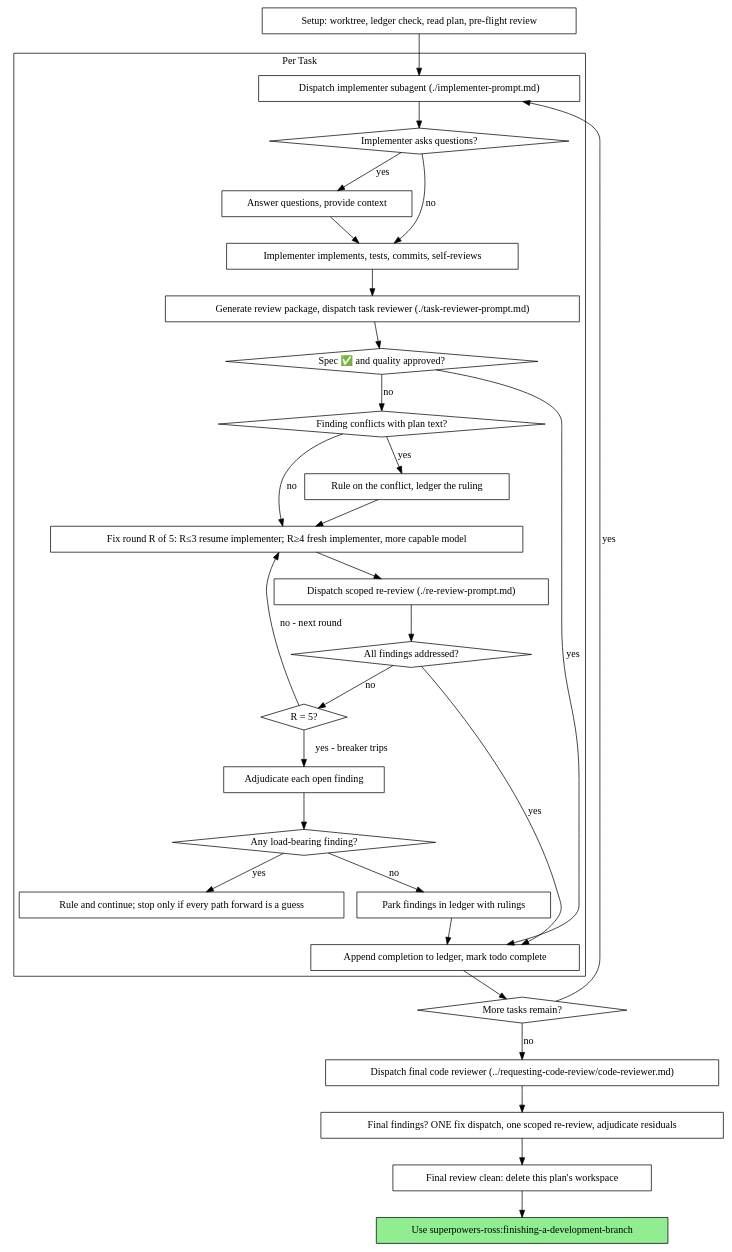
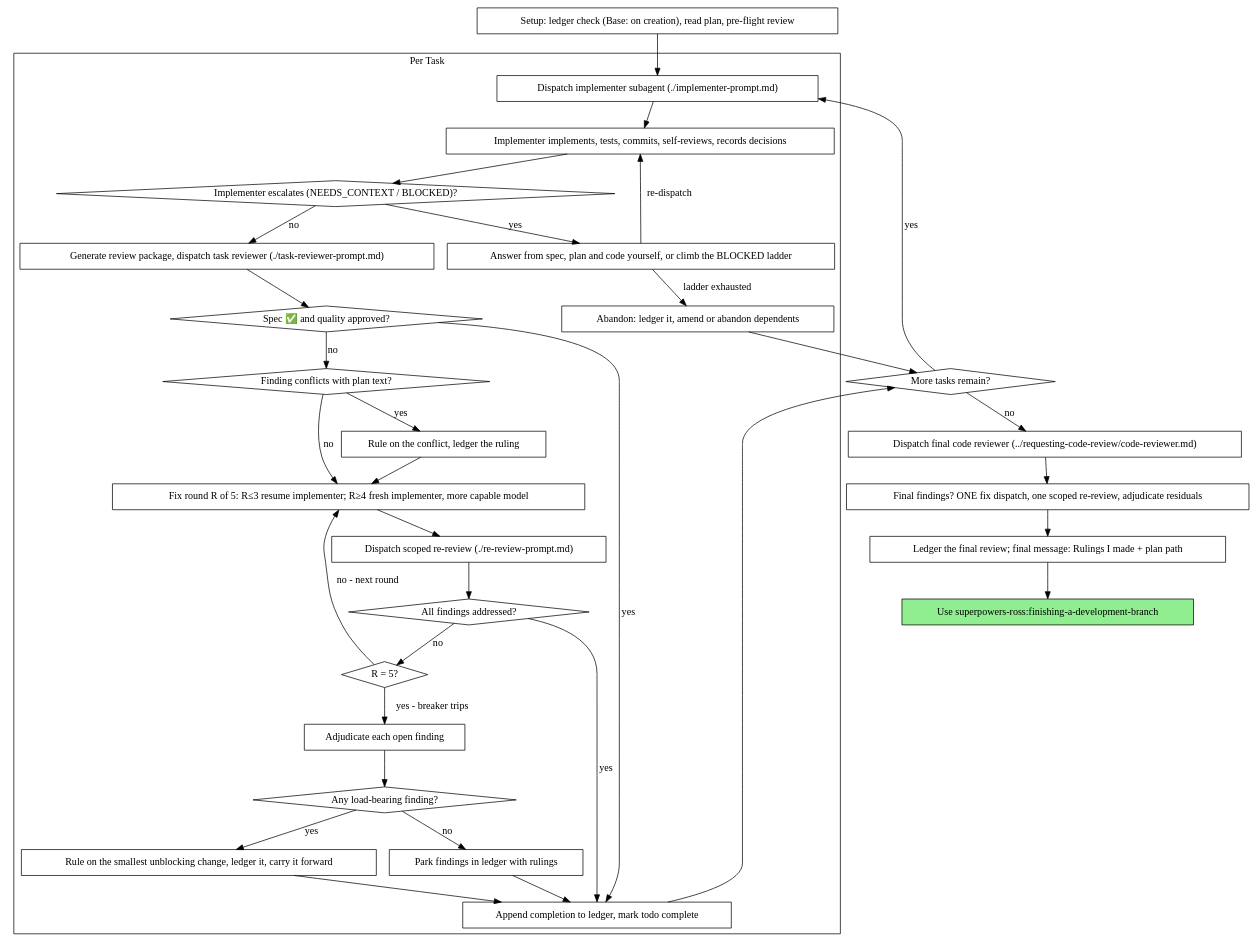
One commit to rossturner/superpowers changed the second of 2 diagrams in skills/subagent-driven-development/SKILL.md. Above: the diagram before and after it, drawn with Graphviz. The commit also changed other lines of this file and 8 other files, not shown here.

````diff
--- a/skills/subagent-driven-development/SKILL.md
+++ b/skills/subagent-driven-development/SKILL.md
@@ -61,62 +73,66 @@
 ```dot
 digraph process {
     rankdir=TB;
 
     subgraph cluster_per_task {
         label="Per Task";
         "Dispatch implementer subagent (./implementer-prompt.md)" [shape=box];
-        "Implementer asks questions?" [shape=diamond];
-        "Answer questions, provide context" [shape=box];
-        "Implementer implements, tests, commits, self-reviews" [shape=box];
+        "Implementer implements, tests, commits, self-reviews, records decisions" [shape=box];
+        "Implementer escalates (NEEDS_CONTEXT / BLOCKED)?" [shape=diamond];
+        "Answer from spec, plan and code yourself, or climb the BLOCKED ladder" [shape=box];
+        "Abandon: ledger it, amend or abandon dependents" [shape=box];
         "Generate review package, dispatch task reviewer (./task-reviewer-prompt.md)" [shape=box];
         "Spec ✅ and quality approved?" [shape=diamond];
         "Finding conflicts with plan text?" [shape=diamond];
         "Rule on the conflict, ledger the ruling" [shape=box];
         "Fix round R of 5: R≤3 resume implementer; R≥4 fresh implementer, more capable model" [shape=box];
         "Dispatch scoped re-review (./re-review-prompt.md)" [shape=box];
         "All findings addressed?" [shape=diamond];
         "R = 5?" [shape=diamond];
         "Adjudicate each open finding" [shape=box];
         "Any load-bearing finding?" [shape=diamond];
-        "Rule and continue; stop only if every path forward is a guess" [shape=box];
+        "Rule on the smallest unblocking change, ledger it, carry it forward" [shape=box];
         "Park findings in ledger with rulings" [shape=box];
         "Append completion to ledger, mark todo complete" [shape=box];
     }
 
-    "Setup: worktree, ledger check, read plan, pre-flight review" [shape=box];
+    "Setup: ledger check (Base: on creation), read plan, pre-flight review" [shape=box];
     "More tasks remain?" [shape=diamond];
     "Dispatch final code reviewer (../requesting-code-review/code-reviewer.md)" [shape=box];
     "Final findings? ONE fix dispatch, one scoped re-review, adjudicate residuals" [shape=box];
-    "Final review clean: delete this plan's workspace" [shape=box];
+    "Ledger the final review; final message: Rulings I made + plan path" [shape=box];
     "Use superpowers-ross:finishing-a-development-branch" [shape=box style=filled fillcolor=lightgreen];
 
-    "Setup: worktree, ledger check, read plan, pre-flight review" -> "Dispatch implementer subagent (./implementer-prompt.md)";
-    "Dispatch implementer subagent (./implementer-prompt.md)" -> "Implementer asks questions?";
-    "Implementer asks questions?" -> "Answer questions, provide context" [label="yes"];
-    "Answer questions, provide context" -> "Implementer implements, tests, commits, self-reviews";
-    "Implementer asks questions?" -> "Implementer implements, tests, commits, self-reviews" [label="no"];
-    "Implementer implements, tests, commits, self-reviews" -> "Generate review package, dispatch task reviewer (./task-reviewer-prompt.md)";
+    "Setup: ledger check (Base: on creation), read plan, pre-flight review" -> "Dispatch implementer subagent (./implementer-prompt.md)";
+    "Dispatch implementer subagent (./implementer-prompt.md)" -> "Implementer implements, tests, commits, self-reviews, records decisions";
+    "Implementer implements, tests, commits, self-reviews, records decisions" -> "Implementer escalates (NEEDS_CONTEXT / BLOCKED)?";
+    "Implementer escalates (NEEDS_CONTEXT / BLOCKED)?" -> "Answer from spec, plan and code yourself, or climb the BLOCKED ladder" [label="yes"];
+    "Answer from spec, plan and code yourself, or climb the BLOCKED ladder" -> "Implementer implements, tests, commits, self-reviews, records decisions" [label="re-dispatch"];
+    "Answer from spec, plan and code yourself, or climb the BLOCKED ladder" -> "Abandon: ledger it, amend or abandon dependents" [label="ladder exhausted"];
+    "Abandon: ledger it, amend or abandon dependents" -> "More tasks remain?";
+    "Implementer escalates (NEEDS_CONTEXT / BLOCKED)?" -> "Generate review package, dispatch task reviewer (./task-reviewer-prompt.md)" [label="no"];
     "Generate review package, dispatch task reviewer (./task-reviewer-prompt.md)" -> "Spec ✅ and quality approved?";
     "Spec ✅ and quality approved?" -> "Append completion to ledger, mark todo complete" [label="yes"];
     "Spec ✅ and quality approved?" -> "Finding conflicts with plan text?" [label="no"];
     "Finding conflicts with plan text?" -> "Rule on the conflict, ledger the ruling" [label="yes"];
     "Rule on the conflict, ledger the ruling" -> "Fix round R of 5: R≤3 resume implementer; R≥4 fresh implementer, more capable model";
     "Finding conflicts with plan text?" -> "Fix round R of 5: R≤3 resume implementer; R≥4 fresh implementer, more capable model" [label="no"];
     "Fix round R of 5: R≤3 resume implementer; R≥4 fresh implementer, more capable model" -> "Dispatch scoped re-review (./re-review-prompt.md)";
     "Dispatch scoped re-review (./re-review-prompt.md)" -> "All findings addressed?";
     "All findings addressed?" -> "Append completion to ledger, mark todo complete" [label="yes"];
     "All findings addressed?" -> "R = 5?" [label="no"];
     "R = 5?" -> "Fix round R of 5: R≤3 resume implementer; R≥4 fresh implementer, more capable model" [label="no - next round"];
     "R = 5?" -> "Adjudicate each open finding" [label="yes - breaker trips"];
     "Adjudicate each open finding" -> "Any load-bearing finding?";
-    "Any load-bearing finding?" -> "Rule and continue; stop only if every path forward is a guess" [label="yes"];
+    "Any load-bearing finding?" -> "Rule on the smallest unblocking change, ledger it, carry it forward" [label="yes"];
+    "Rule on the smallest unblocking change, ledger it, carry it forward" -> "Append completion to ledger, mark todo complete";
     "Any load-bearing finding?" -> "Park findings in ledger with rulings" [label="no"];
     "Park findings in ledger with rulings" -> "Append completion to ledger, mark todo complete";
     "Append completion to ledger, mark todo complete" -> "More tasks remain?";
     "More tasks remain?" -> "Dispatch implementer subagent (./implementer-prompt.md)" [label="yes"];
     "More tasks remain?" -> "Dispatch final code reviewer (../requesting-code-review/code-reviewer.md)" [label="no"];
     "Dispatch final code reviewer (../requesting-code-review/code-reviewer.md)" -> "Final findings? ONE fix dispatch, one scoped re-review, adjudicate residuals";
-    "Final findings? ONE fix dispatch, one scoped re-review, adjudicate residuals" -> "Final review clean: delete this plan's workspace";
-    "Final review clean: delete this plan's workspace" -> "Use superpowers-ross:finishing-a-development-branch";
+    "Final findings? ONE fix dispatch, one scoped re-review, adjudicate residuals" -> "Ledger the final review; final message: Rulings I made + plan path";
+    "Ledger the final review; final message: Rulings I made + plan path" -> "Use superpowers-ross:finishing-a-development-branch";
 }
 ```
````
